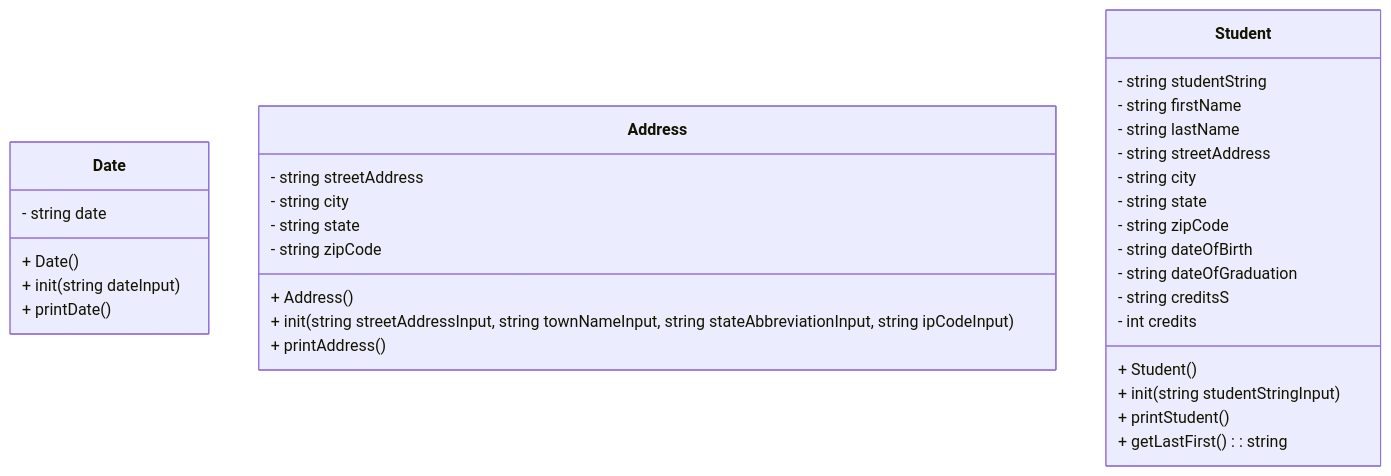
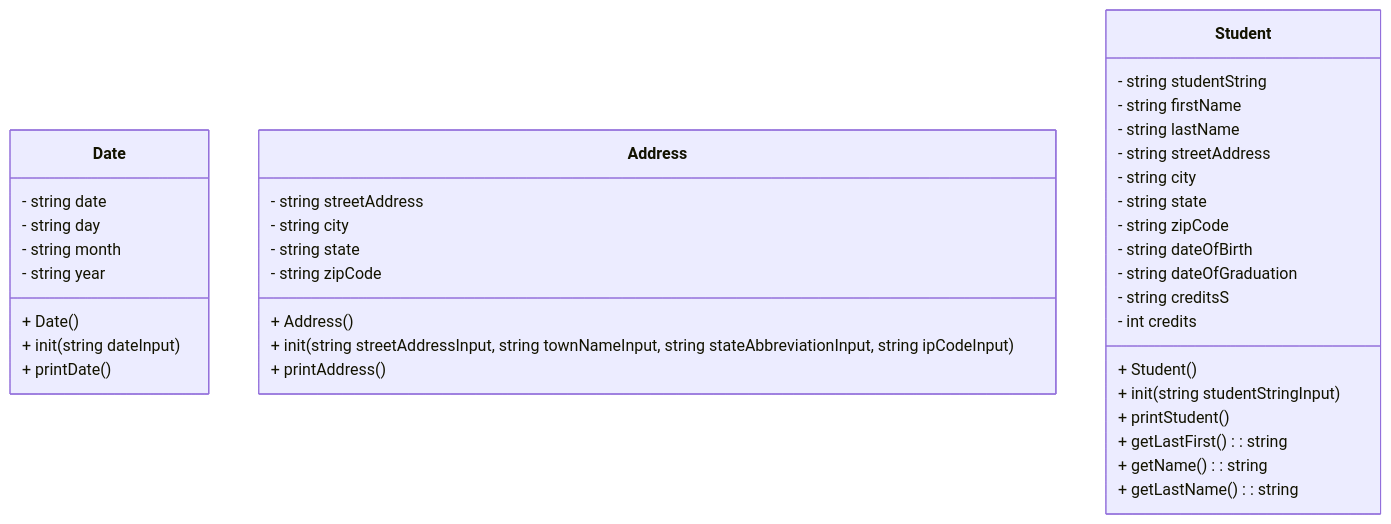
The diagram in README.md (fish-2122/CS121-Project-7-Heap-Of-Students-Part-2), drawn with Mermaid before and after one commit. The commit also changed other lines of this file and 3 other files, not shown here.

Commit message:
created menu functionality. updated readme. updated uml. project is mostly finished.

````diff
--- a/README.md
+++ b/README.md
@@ -4,38 +4,43 @@
 ```mermaid
 classDiagram
 
 class Date {
     - string date
+    - string day
+    - string month
+    - string year
     + Date()
     + init(string dateInput)
     + printDate()
 }
 
 class Address {
     - string streetAddress
     - string city
     - string state
     - string zipCode
     + Address()
     + init(string streetAddressInput, string townNameInput, string stateAbbreviationInput, string ipCodeInput)
     + printAddress()
 }
 
 class Student {
     - string studentString
     - string firstName
     - string lastName
     - string streetAddress
     - string city
     - string state
     - string zipCode
     - string dateOfBirth
     - string dateOfGraduation
     - string creditsS
     - int credits
     + Student()
     + init(string studentStringInput)
     + printStudent()
     + getLastFirst() : string
+    + getName() : string
+    + getLastName() : string
 }
 ```
````
